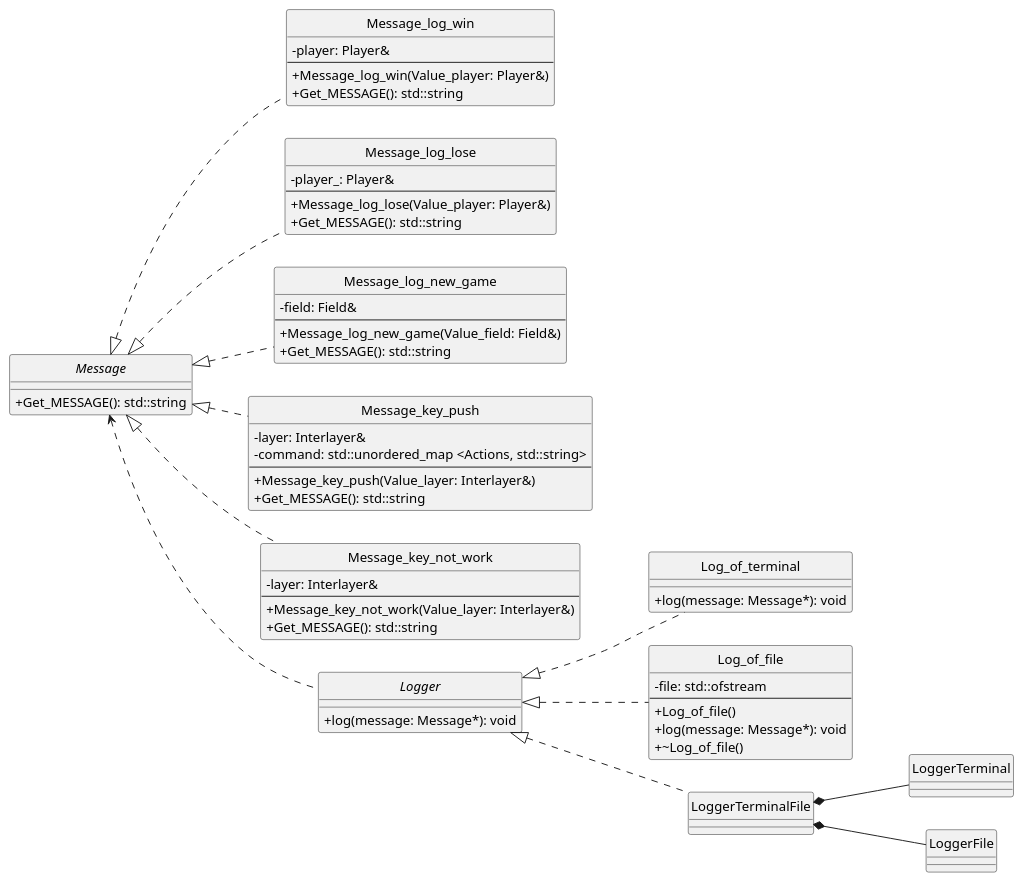
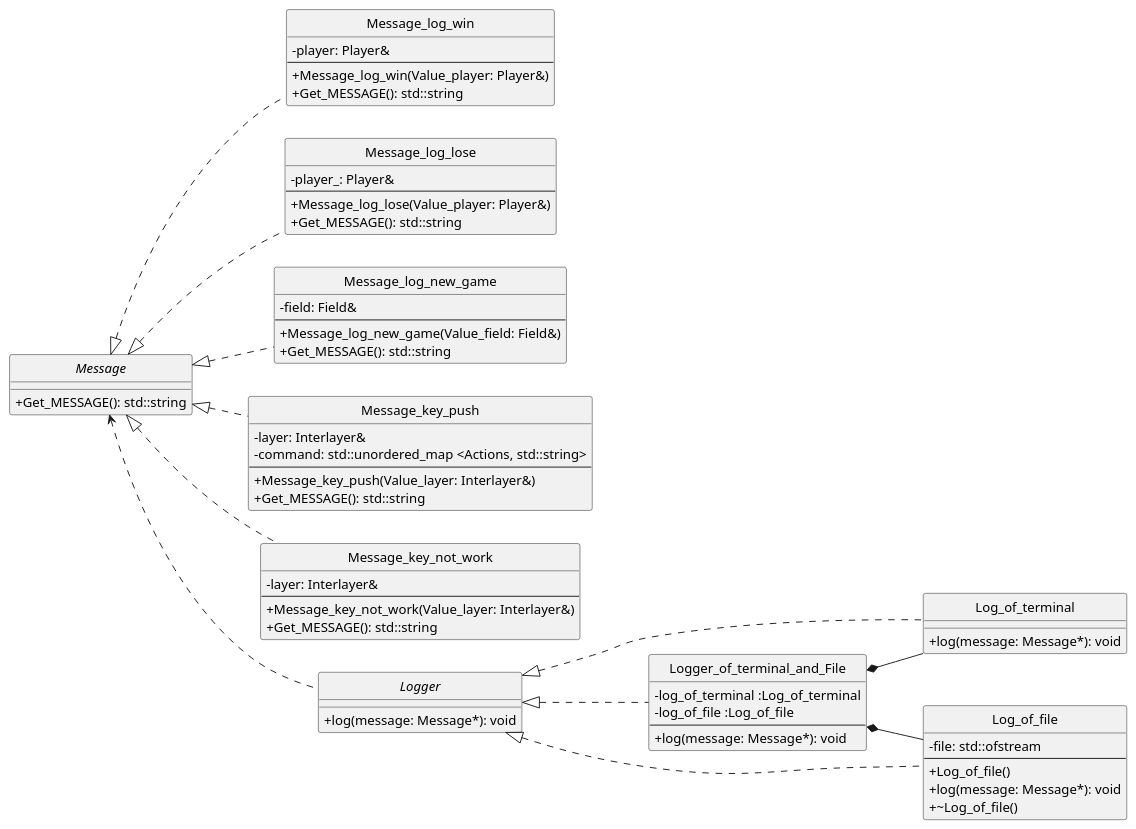
Before and after one commit to r4cy/some_works_from_LETI: the diagram in Garanin_Roman_OOP_lb1/UML_Garanin_lab.puml, drawn with PlantUML. The commit also changed 3 other files, not shown here.

```diff
--- a/Garanin_Roman_OOP_lb1/UML_Garanin_lab.puml
+++ b/Garanin_Roman_OOP_lb1/UML_Garanin_lab.puml
@@ -1,75 +1,82 @@
 @startuml UML_Garanin_lab.puml
 
 hide circle
 skinparam classAttributeIconSize 0
 left to right direction
 
 abstract class Message {
     + Get_MESSAGE(): std::string
 }
 
 class Message_log_win {
     - player: Player&
     --
     + Message_log_win(Value_player: Player&)
     + Get_MESSAGE(): std::string
 }
 
 class Message_log_lose {
     - player_: Player&
     --
     + Message_log_lose(Value_player: Player&)
     + Get_MESSAGE(): std::string
 }
 
 class Message_log_new_game {
     - field: Field&
     --
     + Message_log_new_game(Value_field: Field&)
     + Get_MESSAGE(): std::string
 }
 
 class Message_key_push {
     - layer: Interlayer&
     - command: std::unordered_map <Actions, std::string>
     --
     + Message_key_push(Value_layer: Interlayer&)
     + Get_MESSAGE(): std::string
 }
 
 class Message_key_not_work {
     - layer: Interlayer&
     --
     + Message_key_not_work(Value_layer: Interlayer&)
     + Get_MESSAGE(): std::string
 }
 
 abstract class Logger {
     + log(message: Message*): void
 }
 
 class Log_of_terminal {
     + log(message: Message*): void
 }
 
 class Log_of_file {
     - file: std::ofstream
     --
     + Log_of_file()
     + log(message: Message*): void
     + ~Log_of_file()
 }
 
+class Logger_of_terminal_and_File{
+    - log_of_terminal :Log_of_terminal
+    - log_of_file :Log_of_file
+    --
+    + log(message: Message*): void
+}
+
 Message <|.. Message_log_win
 Message <|.. Message_log_lose
 Message <|.. Message_log_new_game
 Message <|.. Message_key_push
 Message <|.. Message_key_not_work
 Logger <|.. Log_of_terminal
 Logger <|.. Log_of_file
-Logger <|.. LoggerTerminalFile
+Logger <|.. Logger_of_terminal_and_File
 Message <.. Logger
-LoggerTerminalFile *-- LoggerTerminal
-LoggerTerminalFile *-- LoggerFile
+Logger_of_terminal_and_File *-- Log_of_terminal
+Logger_of_terminal_and_File *-- Log_of_file
 
 @enduml
```
